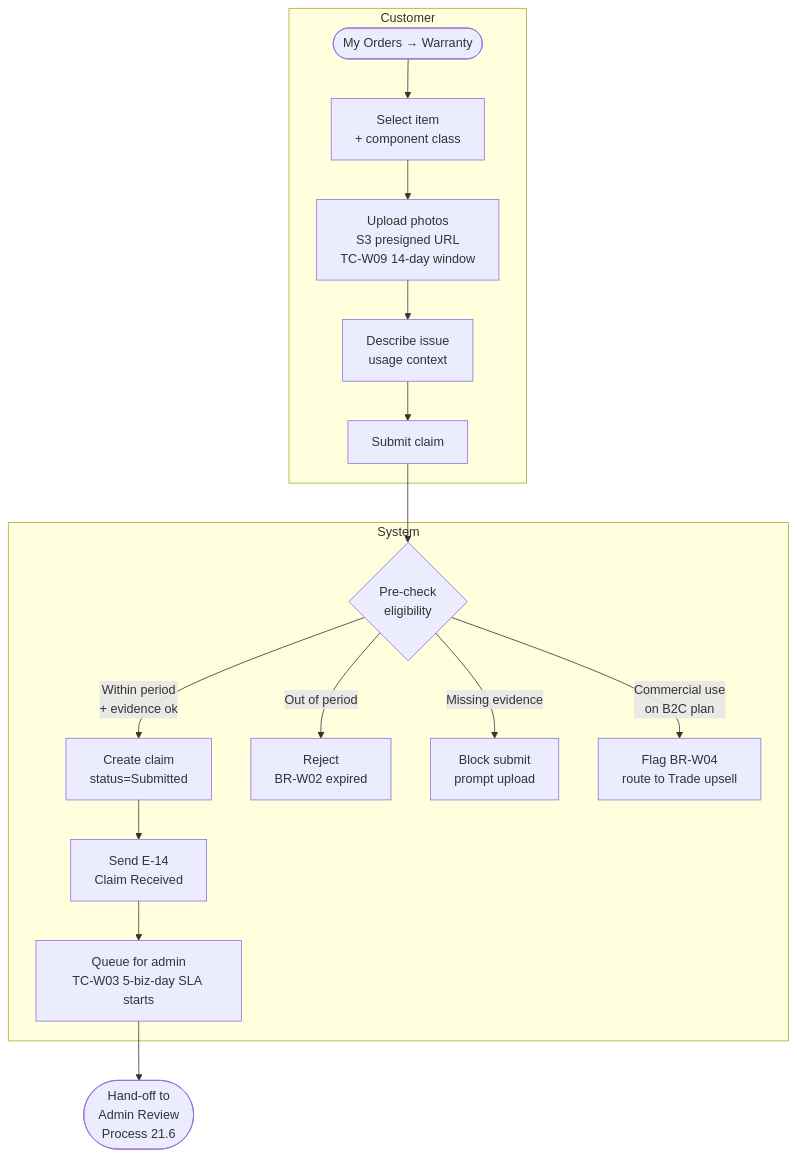
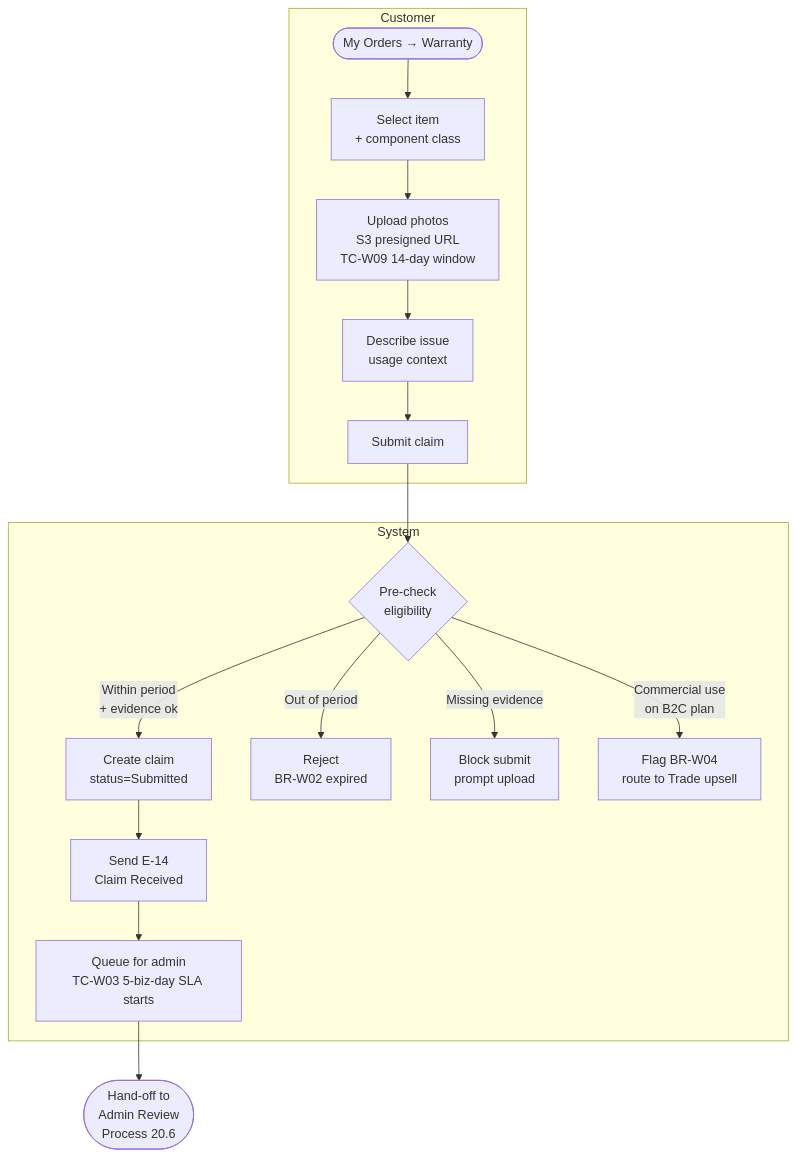
Diagram 15 of 16 in HomeStyle_BRD_v4.md (mingnguyentt012200/HomeStyle-project-demo), drawn with Mermaid before and after one commit. The commit also changed other lines of this file, not shown here.

````diff
--- a/HomeStyle_BRD_v4.md
+++ b/HomeStyle_BRD_v4.md
@@ -1714,19 +1715,19 @@
 ```mermaid
 flowchart TD
     subgraph Customer
         A([My Orders → Warranty]) --> B[Select item<br/>+ component class]
         B --> C[Upload photos<br/>S3 presigned URL<br/>TC-W09 14-day window]
         C --> D[Describe issue<br/>usage context]
         D --> E[Submit claim]
     end
     subgraph System
         E --> F{Pre-check<br/>eligibility}
         F -- Within period<br/>+ evidence ok --> G[Create claim<br/>status=Submitted]
         F -- Out of period --> H[Reject<br/>BR-W02 expired]
         F -- Missing evidence --> I[Block submit<br/>prompt upload]
         F -- Commercial use<br/>on B2C plan --> J[Flag BR-W04<br/>route to Trade upsell]
         G --> K[Send E-14<br/>Claim Received]
         K --> L[Queue for admin<br/>TC-W03 5-biz-day SLA starts]
     end
-    L --> Z([Hand-off to<br/>Admin Review<br/>Process 21.6])
+    L --> Z([Hand-off to<br/>Admin Review<br/>Process 20.6])
 ```
````
